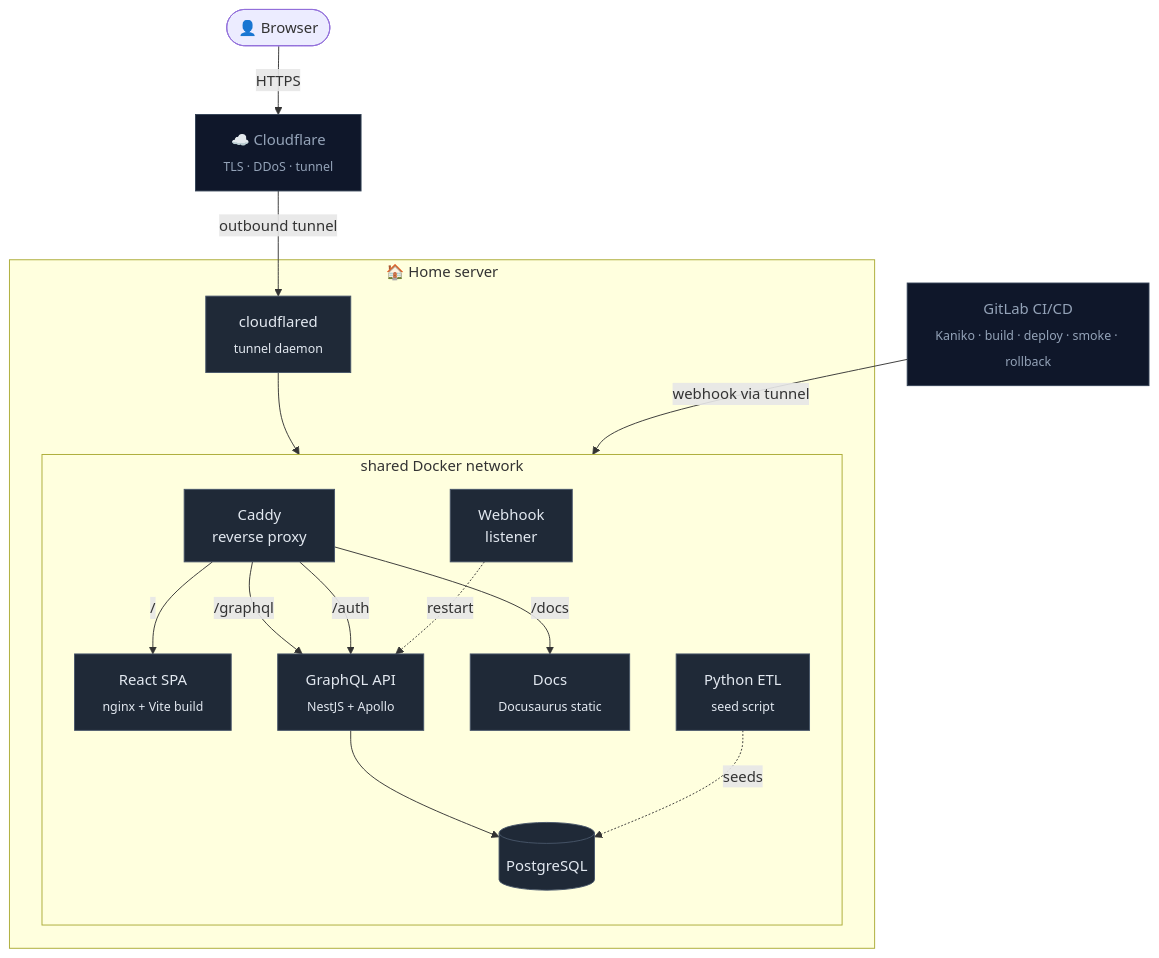
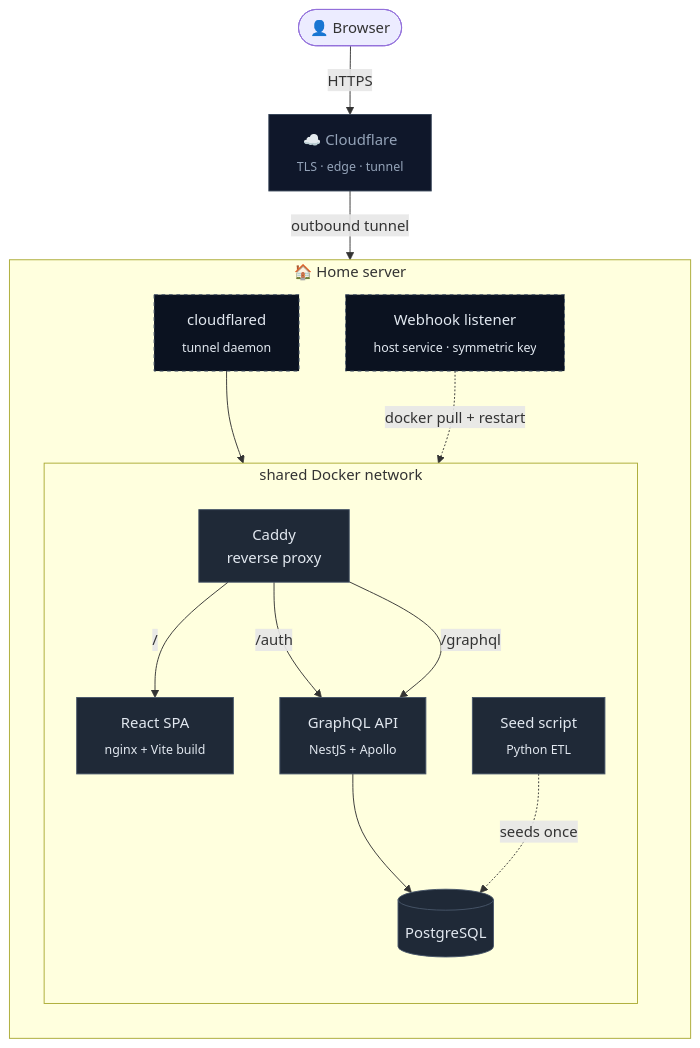
Before and after one commit to Medistat-Tiberiusgh/.github: the diagram in profile/README.md, drawn with Mermaid. The commit also changed other lines of this file, not shown here.

First line of the commit message:
Revise README for architecture and CI/CD updates

````diff
--- a/profile/README.md
+++ b/profile/README.md
@@ -30,42 +30,40 @@
 ```mermaid
 flowchart TB
     user(["👤 Browser"])
-    cf["☁️ Cloudflare<br/><sub>TLS · DDoS · tunnel</sub>"]
+    cf["☁️ Cloudflare<br/><sub>TLS · edge · tunnel</sub>"]
 
     subgraph home["🏠 Home server"]
+        direction TB
         cft["cloudflared<br/><sub>tunnel daemon</sub>"]
+        hook["Webhook listener<br/><sub>host service · symmetric key</sub>"]
 
         subgraph net["shared Docker network"]
             direction TB
             caddy["Caddy<br/>reverse proxy"]
             spa["React SPA<br/><sub>nginx + Vite build</sub>"]
             api["GraphQL API<br/><sub>NestJS + Apollo</sub>"]
-            docs["Docs<br/><sub>Docusaurus static</sub>"]
             db[("PostgreSQL")]
-            etl["Python ETL<br/><sub>seed script</sub>"]
-            hook["Webhook<br/>listener"]
+            etl["Seed script<br/><sub>Python ETL</sub>"]
         end
     end
-
-    ci["GitLab CI/CD<br/><sub>Kaniko · build · deploy · smoke · rollback</sub>"]
 
     user -->|HTTPS| cf
     cf -->|outbound tunnel| cft
     cft --> caddy
 
     caddy -->|/| spa
+    caddy -->|/auth| api
     caddy -->|/graphql| api
-    caddy -->|/auth| api
-    caddy -->|/docs| docs
 
     api --> db
-    etl -. seeds .-> db
+    etl -. seeds once .-> db
 
-    ci -->|webhook via tunnel| hook
-    hook -. restart .-> api
+    hook -. docker pull + restart .-> api
 
     classDef container fill:#1f2937,stroke:#475569,color:#e2e8f0
     classDef external fill:#0f172a,stroke:#334155,color:#94a3b8
-    class caddy,spa,api,docs,db,etl,hook,cft container
-    class cf,ci external
+    classDef host fill:#0b1220,stroke:#475569,color:#e2e8f0,stroke-dasharray: 4 4
+    class caddy,spa,api,db,etl container
+    class cf external
+    class cft,hook host
 ```
````
